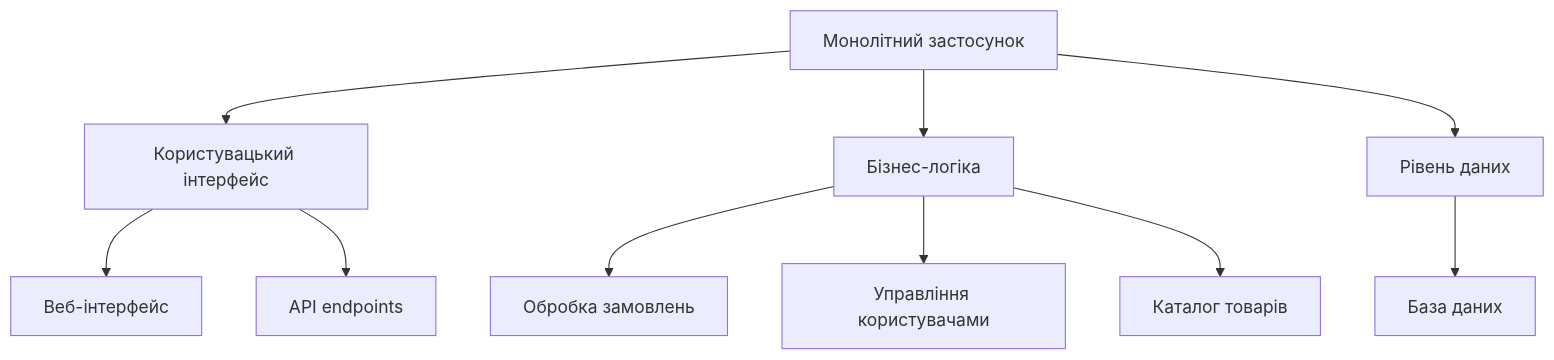
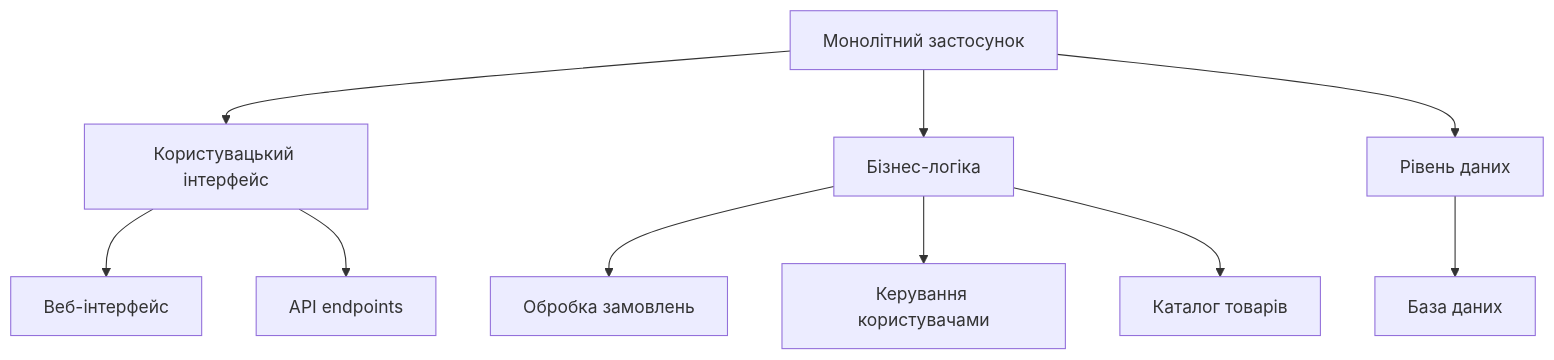
Before and after one commit to olroi421/course-opi-v2: the second of 8 diagrams in lectures/lecture-09.md, drawn with Mermaid. The commit also changed other lines of this file and 10 other files, not shown here.

````diff
--- a/lectures/lecture-09.md
+++ b/lectures/lecture-09.md
@@ -51,15 +69,15 @@
 ```mermaid
 graph TB
-    A[Монолітний застосунок] --> B[Користувацький інтерфейс]
-    A --> C[Бізнес-логіка]
-    A --> D[Рівень даних]
+    A["Монолітний застосунок"] --> B["Користувацький інтерфейс"]
+    A --> C["Бізнес-логіка"]
+    A --> D["Рівень даних"]
 
-    B --> E[Веб-інтерфейс]
-    B --> F[API endpoints]
+    B --> E["Веб-інтерфейс"]
+    B --> F["API endpoints"]
 
-    C --> G[Обробка замовлень]
-    C --> H[Управління користувачами]
-    C --> I[Каталог товарів]
+    C --> G["Обробка замовлень"]
+    C --> H["Керування користувачами"]
+    C --> I["Каталог товарів"]
 
-    D --> J[База даних]
+    D --> J["База даних"]
 ```
````
